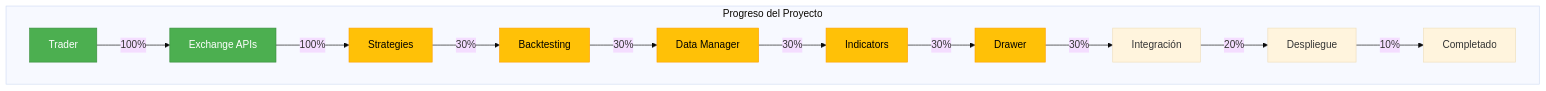
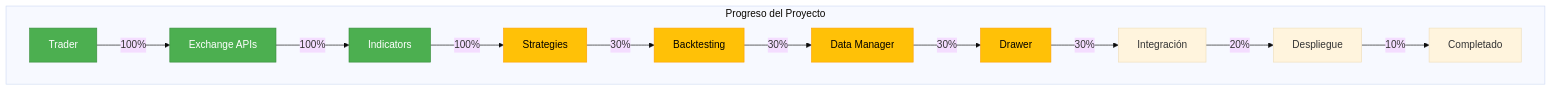
The diagram in memory-bank/progress.md (Brunvelop/trading_bot), drawn with Mermaid (base theme) before and after one commit. The commit also changed other lines of this file and 4 other files, not shown here.

````diff
--- a/memory-bank/progress.md
+++ b/memory-bank/progress.md
@@ -113,22 +115,22 @@
 ```mermaid
 graph TD
     subgraph "Progreso del Proyecto"
     A[Trader] -->|100%| B[Exchange APIs]
-    B -->|100%| C[Strategies]
+    B -->|100%| F[Indicators]
+    F -->|100%| C[Strategies]
     C -->|30%| D[Backtesting]
     D -->|30%| E[Data Manager]
-    E -->|30%| F[Indicators]
-    F -->|30%| G[Drawer]
+    E -->|30%| G[Drawer]
     G -->|30%| H[Integración]
     H -->|20%| I[Despliegue]
     I -->|10%| J[Completado]
     
     style A fill:#4CAF50,stroke:#388E3C,color:white
     style B fill:#4CAF50,stroke:#388E3C,color:white
+    style F fill:#4CAF50,stroke:#388E3C,color:white
     style C fill:#FFC107,stroke:#FFA000,color:black
     style D fill:#FFC107,stroke:#FFA000,color:black
     style E fill:#FFC107,stroke:#FFA000,color:black
-    style F fill:#FFC107,stroke:#FFA000,color:black
     style G fill:#FFC107,stroke:#FFA000,color:black
     end
 ```
````
